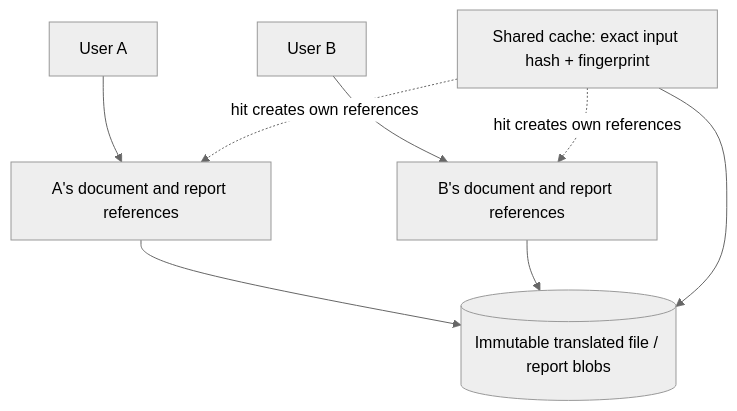
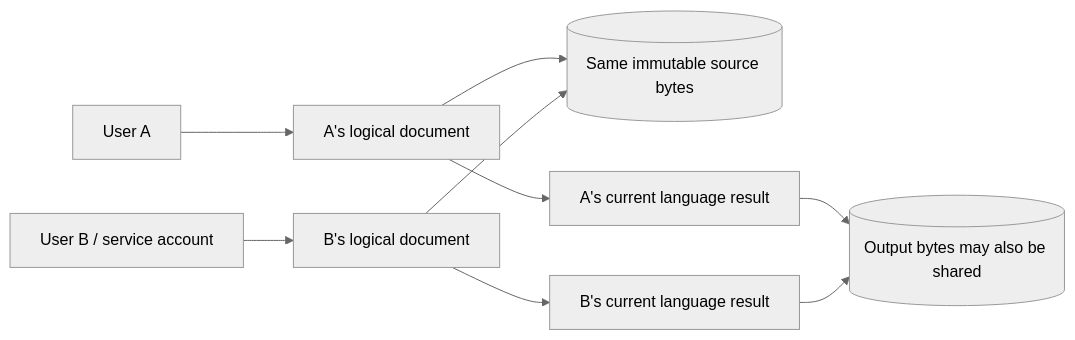
The fifth of 18 diagrams in docs/Architecture.md (mlei06/document-translator), drawn with Mermaid (neutral theme) before and after one commit. The commit also changed other lines of this file and 19 other files, not shown here.

````diff
--- a/docs/Architecture.md
+++ b/docs/Architecture.md
@@ -178,10 +181,11 @@
 ```mermaid
-flowchart TD
-    UA["User A"] --> DA["A's document and report references"]
-    UB["User B"] --> DB["B's document and report references"]
-    DA --> BLOB[("Immutable translated file / report blobs")]
-    DB --> BLOB
-    CACHE["Shared cache: exact input hash + fingerprint"] --> BLOB
-    CACHE -.->|hit creates own references| DA
-    CACHE -.->|hit creates own references| DB
+flowchart LR
+    UA["User A"] --> DA["A's logical document"]
+    UB["User B / service account"] --> DB["B's logical document"]
+    DA --> INPUT[("Same immutable source bytes")]
+    DB --> INPUT
+    DA --> TA["A's current language result"]
+    DB --> TB["B's current language result"]
+    TA --> OUT[("Output bytes may also be shared")]
+    TB --> OUT
 ```
````
